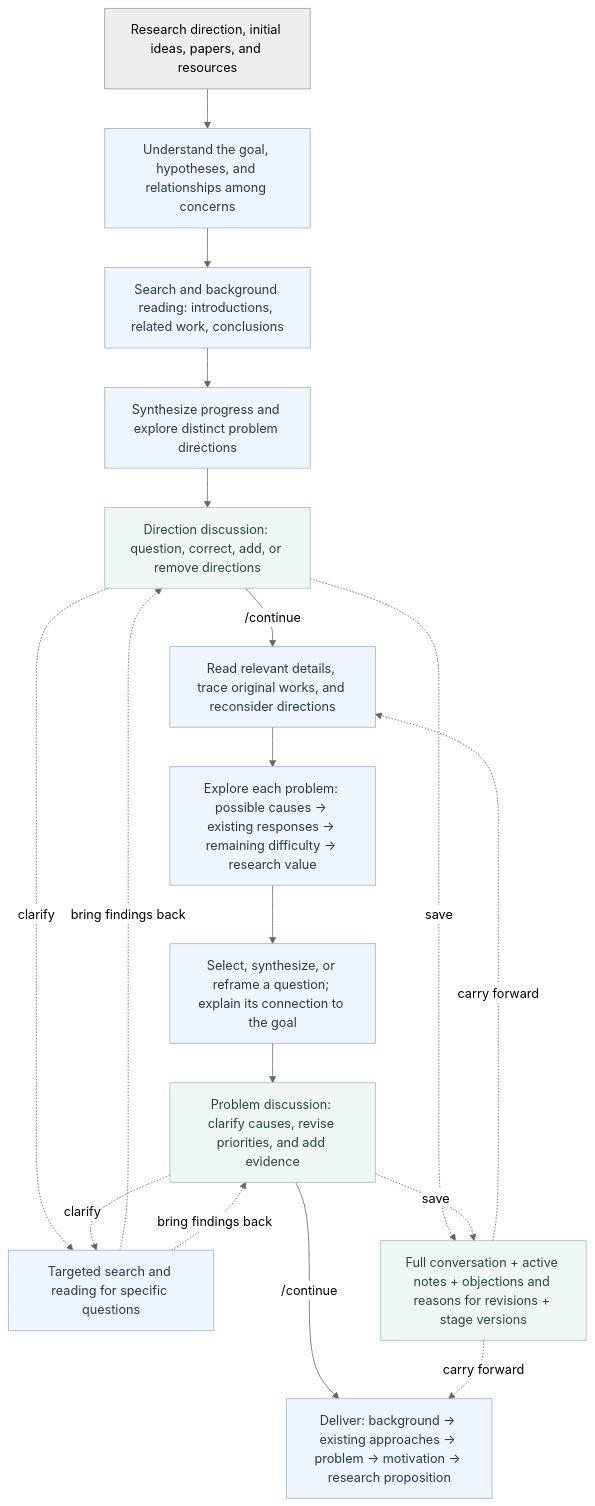
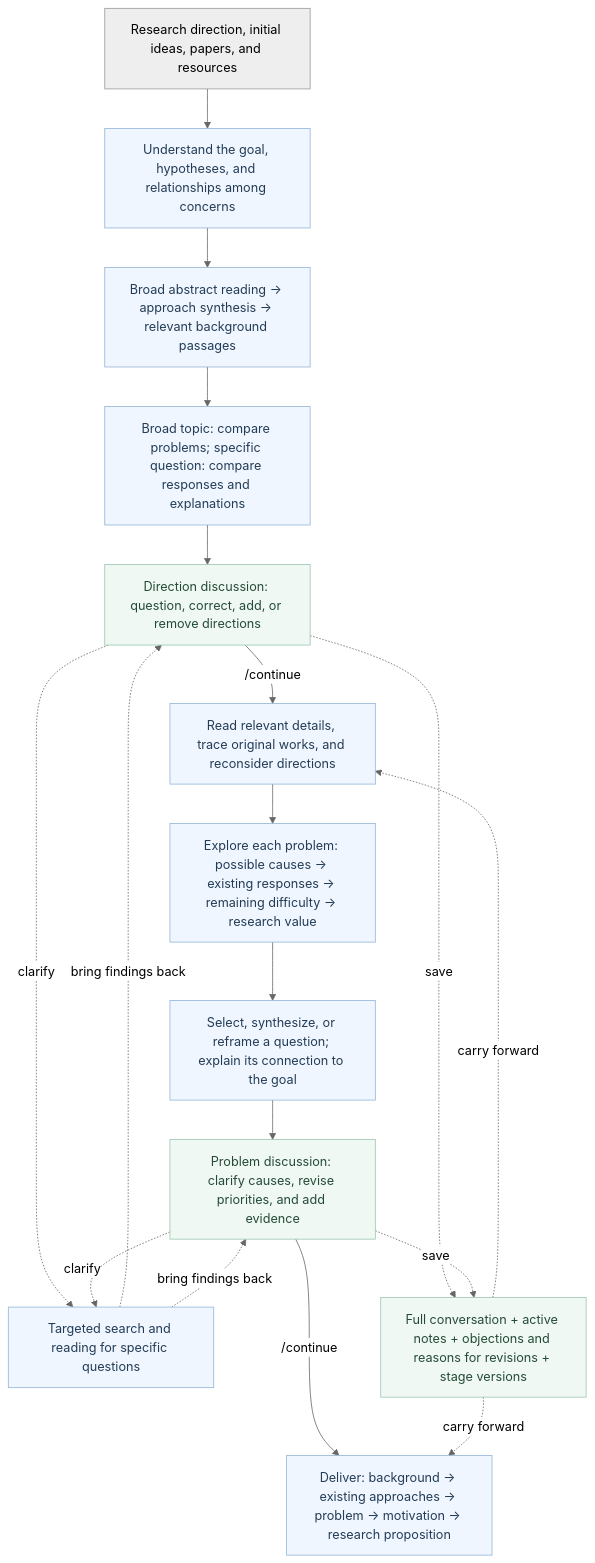
One commit to ghh1125/Research-idea changed the diagram in README.md. Above: the diagram before and after it, drawn with Mermaid (neutral theme). The commit also changed other lines of this file and 32 other files, not shown here.

````diff
--- a/README.md
+++ b/README.md
@@ -33,31 +33,31 @@
 ```mermaid
 flowchart TD
     U["Research direction, initial ideas, papers, and resources"]
-    A["Search and background reading: introductions, related work, conclusions"]
-    B["Synthesize progress and explore distinct problem directions"]
+    A["Broad abstract reading → approach synthesis → relevant background passages"]
+    B["Broad topic: compare problems; specific question: compare responses and explanations"]
     D["Direction discussion: question, correct, add, or remove directions"]
     C["Read relevant details, trace original works, and reconsider directions"]
     X["Explore each problem: possible causes → existing responses → remaining difficulty → research value"]
     E["Select, synthesize, or reframe a question; explain its connection to the goal"]
     P["Problem discussion: clarify causes, revise priorities, and add evidence"]
     R["Targeted search and reading for specific questions"]
     O["Deliver: background → existing approaches → problem → motivation → research proposition"]
     M["Full conversation + active notes + objections and reasons for revisions + stage versions"]
     I["Understand the goal, hypotheses, and relationships among concerns"]
     U --> I --> A --> B --> D
     D -->|/continue| C
     C --> X --> E --> P
     P -->|/continue| O
     D -.clarify.-> R
     P -.clarify.-> R
     R -.bring findings back.-> D
     R -.bring findings back.-> P
     D -.save.-> M
     P -.save.-> M
     M -.carry forward.-> C
     M -.carry forward.-> O
     classDef work fill:#eff6ff,stroke:#93b4d6,color:#243c55
     classDef discuss fill:#f0f8f4,stroke:#9ac6af,color:#254b38
     class I,A,B,C,X,E,R,O work
     class D,P,M discuss
 ```
````
